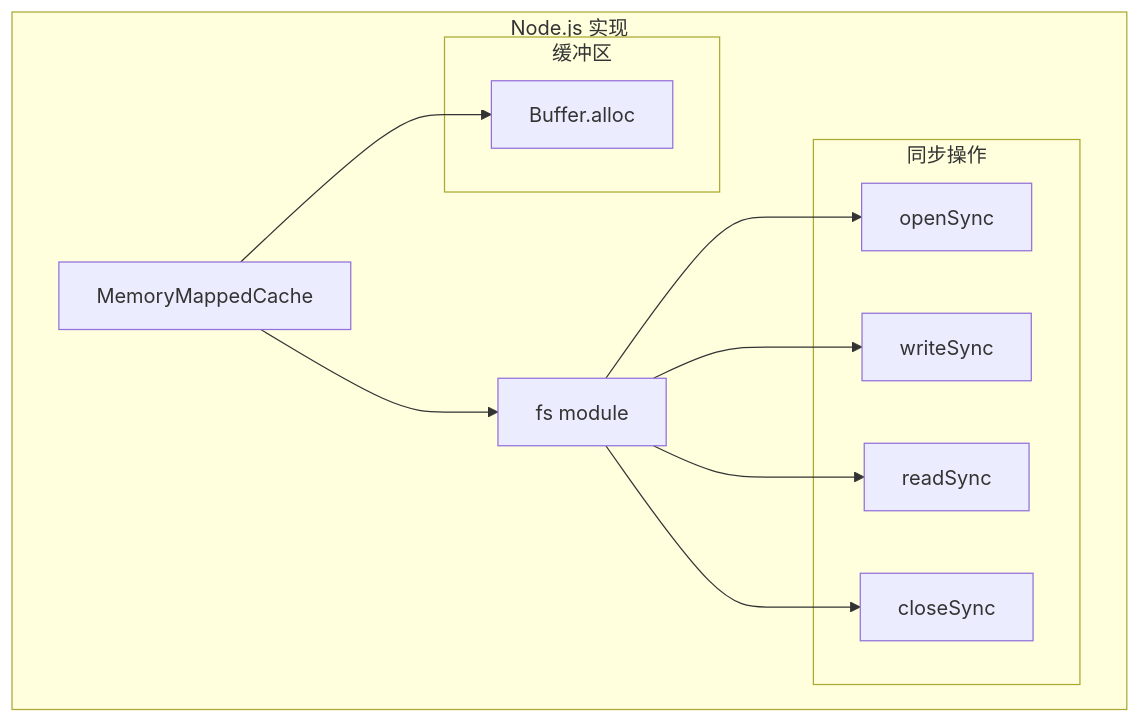
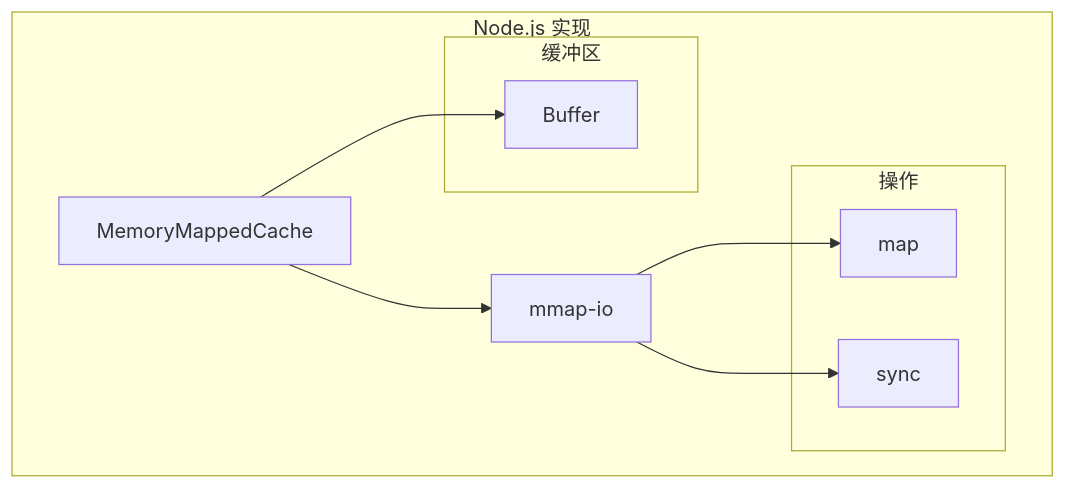
One commit to feuyeux/hello-audio-stream changed diagram 14 of 19 in doc/mmap.md. Above: the diagram before and after it, drawn with Mermaid. The commit also changed other lines of this file and 205 other files, not shown here.

````diff
--- a/doc/mmap.md
+++ b/doc/mmap.md
@@ -465,25 +450,21 @@
 ```mermaid
 graph TB
     subgraph "Node.js 实现"
         MEM[MemoryMappedCache]
-        FS[fs module]
+        LIB[mmap-io]
         
-        subgraph "同步操作"
-            OPEN[openSync]
-            WRITE[writeSync]
-            READ[readSync]
-            CLOSE[closeSync]
+        subgraph "操作"
+            MAP[map]
+            SYNC[sync]
         end
         
         subgraph "缓冲区"
-            BUF[Buffer.alloc]
+            BUF[Buffer]
         end
     end
     
-    MEM --> FS
-    FS --> OPEN
-    FS --> WRITE
-    FS --> READ
-    FS --> CLOSE
+    MEM --> LIB
+    LIB --> MAP
+    LIB --> SYNC
     MEM --> BUF
 ```
````
